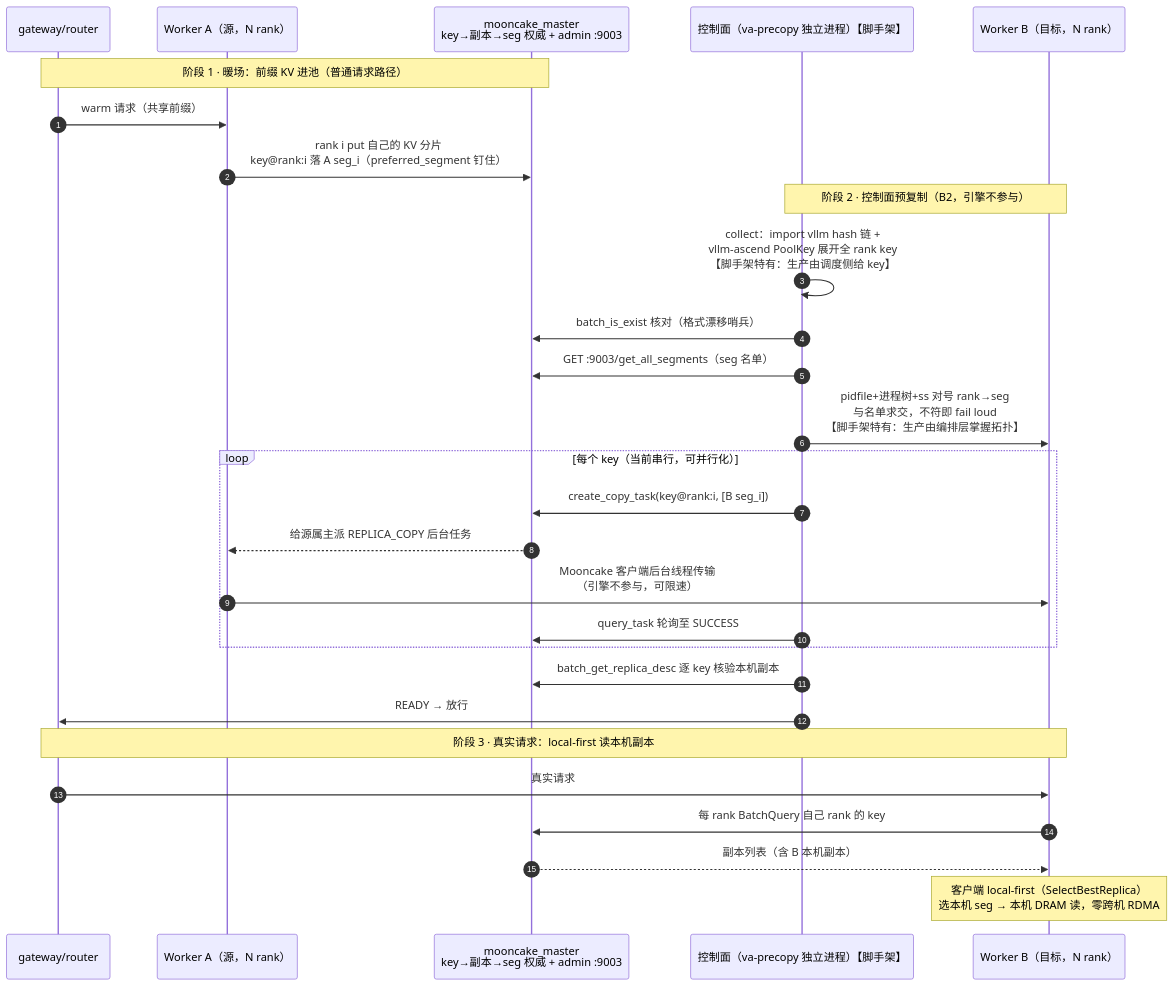
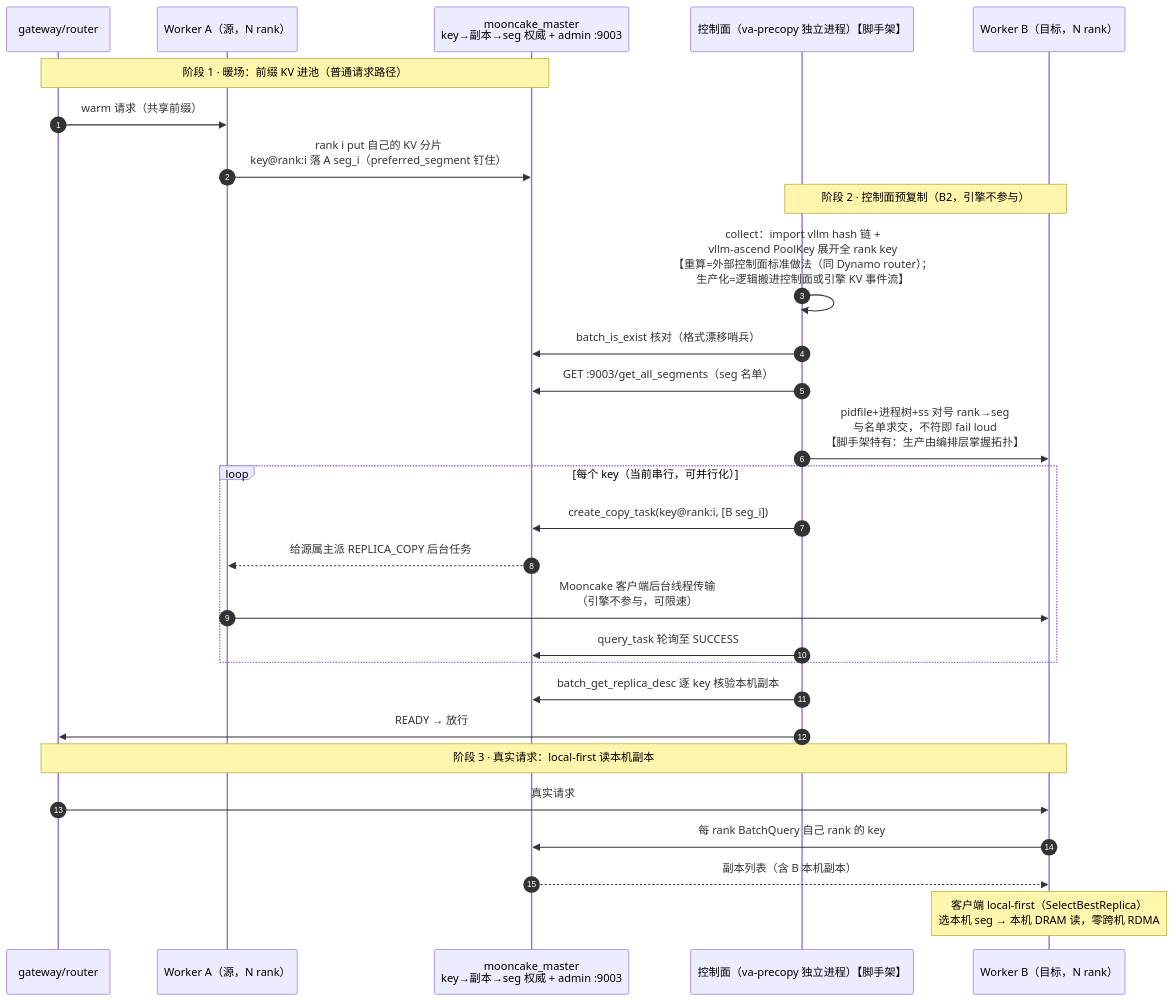
The first of 2 diagrams in va-precopy/README.md (5x8-40/lake), drawn with Mermaid before and after one commit.

Commit message:
docs(va-precopy): 更正 mermaid 标注——key 重算是外部控制面标准做法，非脚手架替身
router 在引擎外，调不到引擎进程内的 KVPoolScheduler._generate_store_query_keys；
生产路径是 a) 控制面自己重算（同 Dynamo KV-aware router）或 b) 引擎 KV 事件流
（llm-d/AIBrix 模式）。collect 的重算模型即路径 a，非临时替身。

````diff
--- a/va-precopy/README.md
+++ b/va-precopy/README.md
@@ -87,33 +87,33 @@
 ```mermaid
 sequenceDiagram
     autonumber
     participant G as gateway/router
     participant A as Worker A（源，N rank）
     participant M as mooncake_master<br/>key→副本→seg 权威 + admin :9003
     participant CP as 控制面（va-precopy 独立进程）【脚手架】
     participant B as Worker B（目标，N rank）
 
     Note over G,M: 阶段 1 · 暖场：前缀 KV 进池（普通请求路径）
     G->>A: warm 请求（共享前缀）
     A->>M: rank i put 自己的 KV 分片<br/>key@rank:i 落 A seg_i（preferred_segment 钉住）
 
     Note over CP,B: 阶段 2 · 控制面预复制（B2，引擎不参与）
-    CP->>CP: collect：import vllm hash 链 +<br/>vllm-ascend PoolKey 展开全 rank key<br/>【脚手架特有：生产由调度侧给 key】
+    CP->>CP: collect：import vllm hash 链 +<br/>vllm-ascend PoolKey 展开全 rank key<br/>【重算=外部控制面标准做法（同 Dynamo router）；<br/>生产化=逻辑搬进控制面或引擎 KV 事件流】
     CP->>M: batch_is_exist 核对（格式漂移哨兵）
     CP->>M: GET :9003/get_all_segments（seg 名单）
     CP->>B: pidfile+进程树+ss 对号 rank→seg<br/>与名单求交，不符即 fail loud<br/>【脚手架特有：生产由编排层掌握拓扑】
     loop 每个 key（当前串行，可并行化）
         CP->>M: create_copy_task(key@rank:i, [B seg_i])
         M-->>A: 给源属主派 REPLICA_COPY 后台任务
         A->>B: Mooncake 客户端后台线程传输<br/>（引擎不参与，可限速）
         CP->>M: query_task 轮询至 SUCCESS
     end
     CP->>M: batch_get_replica_desc 逐 key 核验本机副本
     CP->>G: READY → 放行
 
     Note over G,B: 阶段 3 · 真实请求：local-first 读本机副本
     G->>B: 真实请求
     B->>M: 每 rank BatchQuery 自己 rank 的 key
     M-->>B: 副本列表（含 B 本机副本）
     Note over B: 客户端 local-first（SelectBestReplica）<br/>选本机 seg → 本机 DRAM 读，零跨机 RDMA
 ```
````
